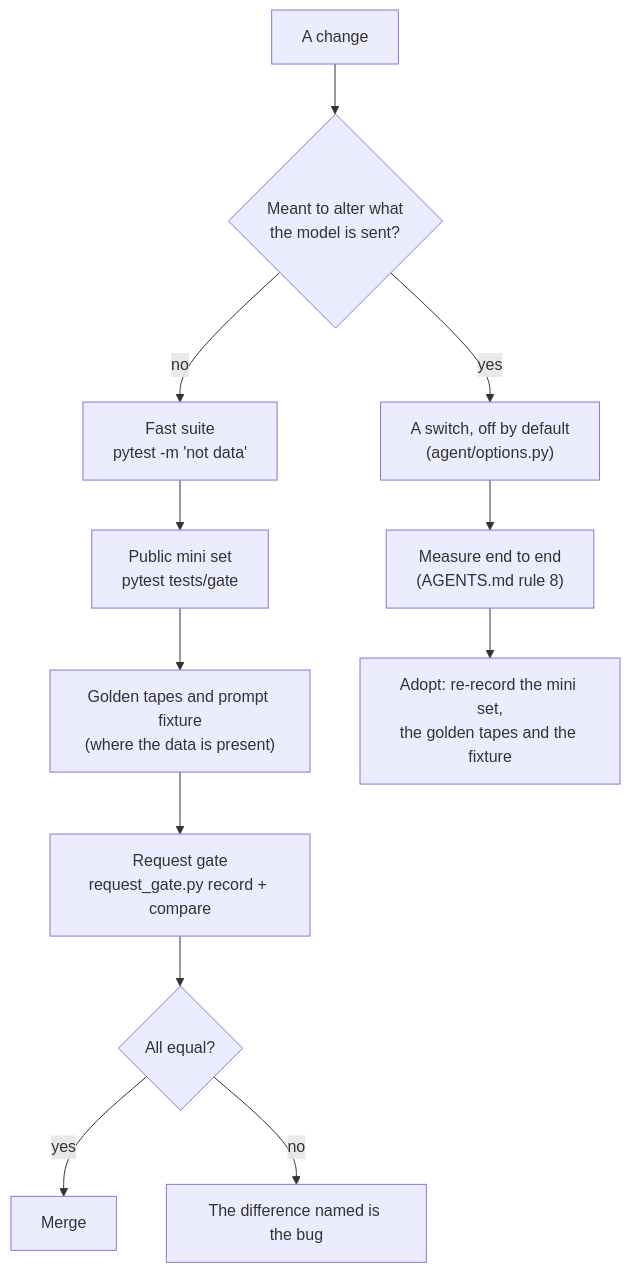
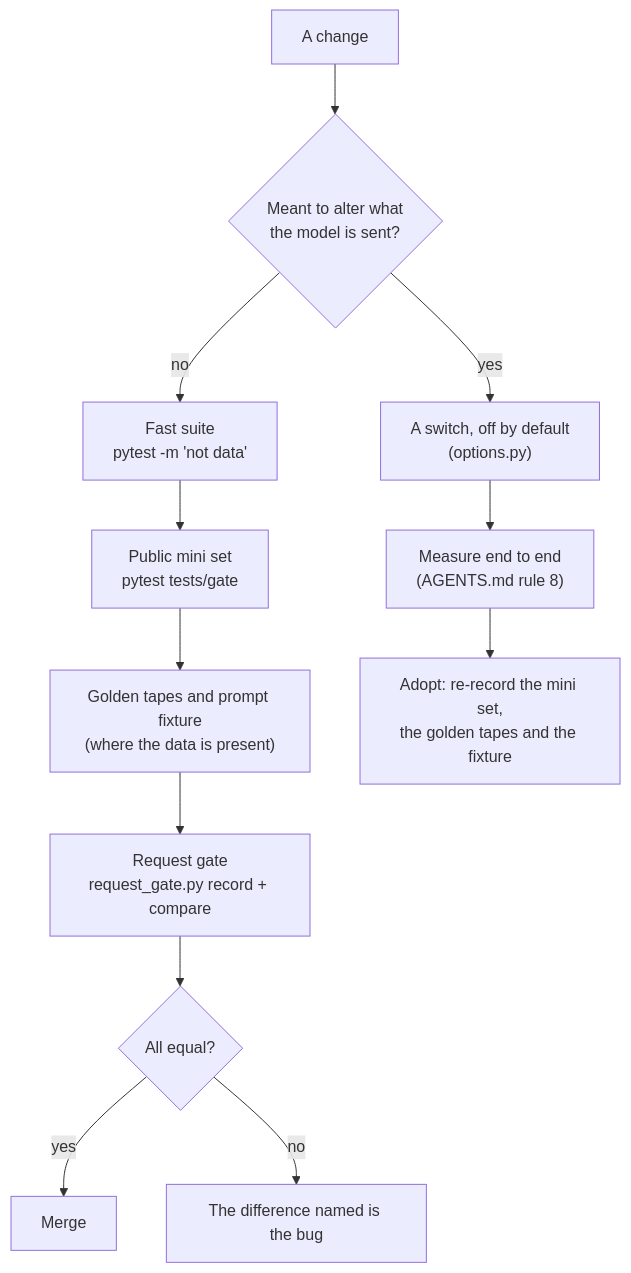
The second of 3 diagrams in docs/reference/TESTING.md (sambalshikhar/PetroHarness), drawn with Mermaid before and after one commit. The commit also changed other lines of this file and 248 other files, not shown here.

````diff
--- a/docs/reference/TESTING.md
+++ b/docs/reference/TESTING.md
@@ -59,14 +59,14 @@
 ```mermaid
 flowchart TD
     change["A change"] --> meant{"Meant to alter what<br/>the model is sent?"}
     meant -- "no" --> fast["Fast suite<br/>pytest -m 'not data'"]
     fast --> mini["Public mini set<br/>pytest tests/gate"]
     mini --> golden["Golden tapes and prompt fixture<br/>(where the data is present)"]
     golden --> req["Request gate<br/>request_gate.py record + compare"]
     req --> ok{"All equal?"}
     ok -- "yes" --> done["Merge"]
     ok -- "no" --> bug["The difference named is the bug"]
-    meant -- "yes" --> switch["A switch, off by default<br/>(agent/options.py)"]
+    meant -- "yes" --> switch["A switch, off by default<br/>(options.py)"]
     switch --> measure["Measure end to end<br/>(AGENTS.md rule 8)"]
     measure --> rerecord["Adopt: re-record the mini set,<br/>the golden tapes and the fixture"]
 ```
````
